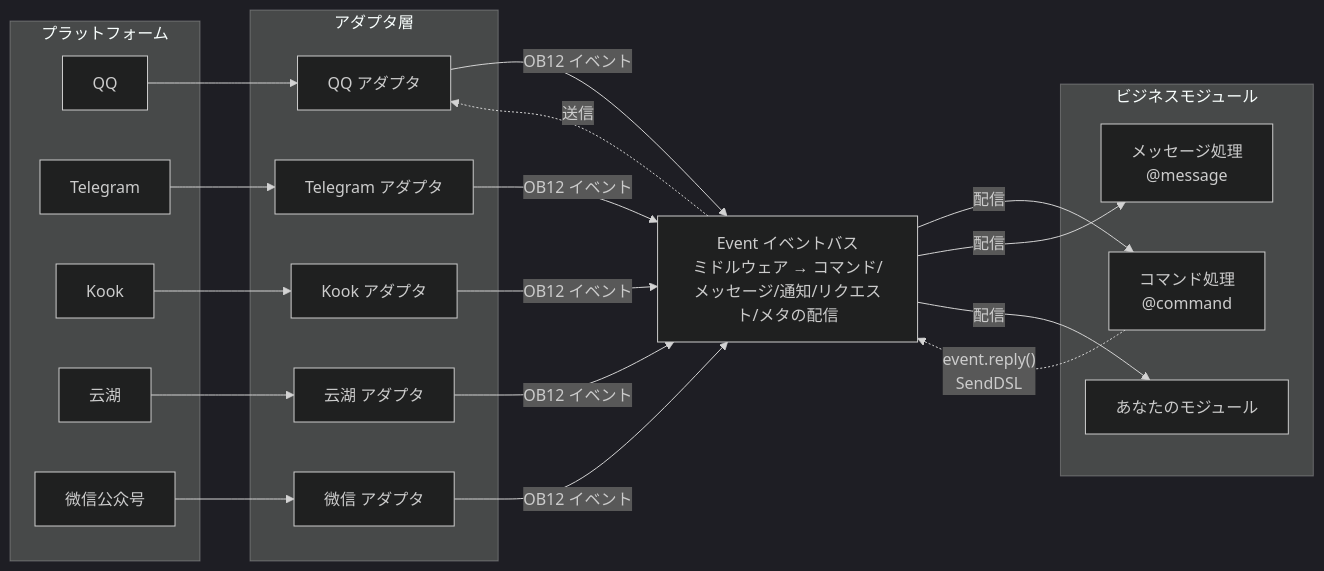
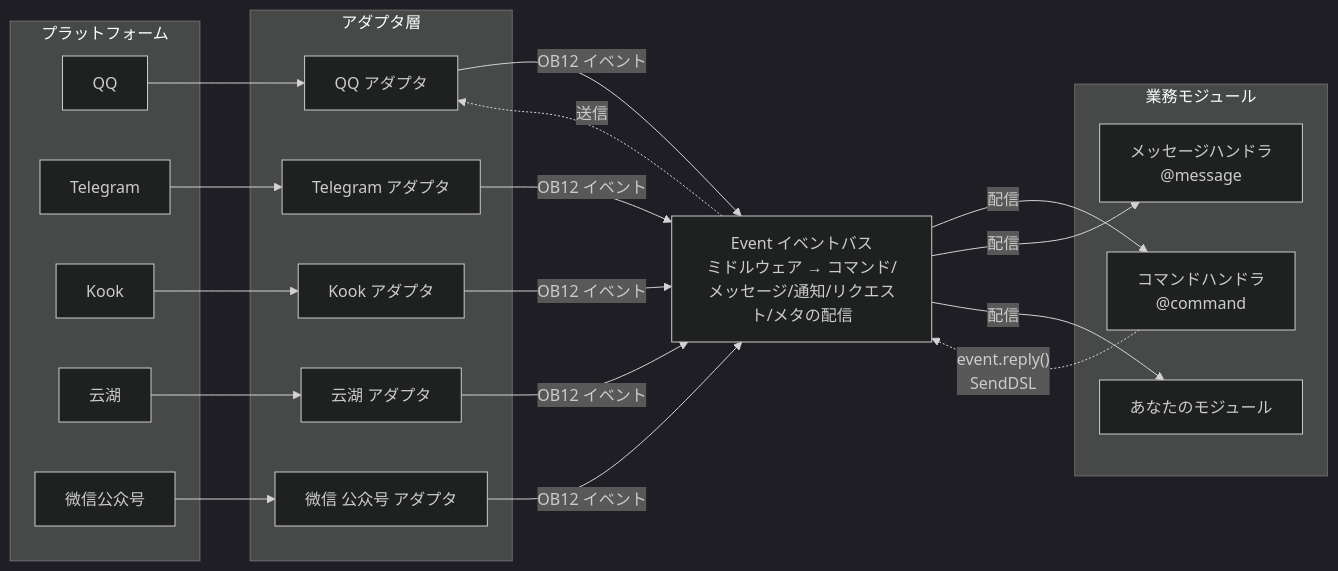
The first of 2 diagrams in README.ja.md (ErisPulse/ErisPulse), drawn with Mermaid (dark theme) before and after one commit. The commit also changed other lines of this file and 57 other files, not shown here.

````diff
--- a/README.ja.md
+++ b/README.ja.md
@@ -111,45 +111,45 @@
 ```mermaid
 graph LR
     subgraph Platforms[プラットフォーム]
         QQ["QQ"]
         TG["Telegram"]
         Kook["Kook"]
         YH["云湖"]
         WX["微信公众号"]
     end
 
     subgraph Adapters[アダプタ層]
         A1["QQ アダプタ"]
         A2["Telegram アダプタ"]
         A3["Kook アダプタ"]
         A4["云湖 アダプタ"]
-        A5["微信 アダプタ"]
+        A5["微信 公众号 アダプタ"]
     end
 
     Event["Event イベントバス<br/>ミドルウェア → コマンド/メッセージ/通知/リクエスト/メタの配信"]
 
-    subgraph Modules[ビジネスモジュール]
-        M1["コマンド処理<br/>@command"]
-        M2["メッセージ処理<br/>@message"]
+    subgraph Modules[業務モジュール]
+        M1["コマンドハンドラ<br/>@command"]
+        M2["メッセージハンドラ<br/>@message"]
         M3["あなたのモジュール"]
     end
 
     QQ --> A1
     TG --> A2
     Kook --> A3
     YH --> A4
     WX --> A5
 
     A1 -->|"OB12 イベント"| Event
     A2 -->|"OB12 イベント"| Event
     A3 -->|"OB12 イベント"| Event
     A4 -->|"OB12 イベント"| Event
     A5 -->|"OB12 イベント"| Event
 
     Event -->|"配信"| M1
     Event -->|"配信"| M2
     Event -->|"配信"| M3
 
     M1 -.->|"event.reply()<br/>SendDSL"| Event
     Event -.->|"送信"| A1
 ```
````
